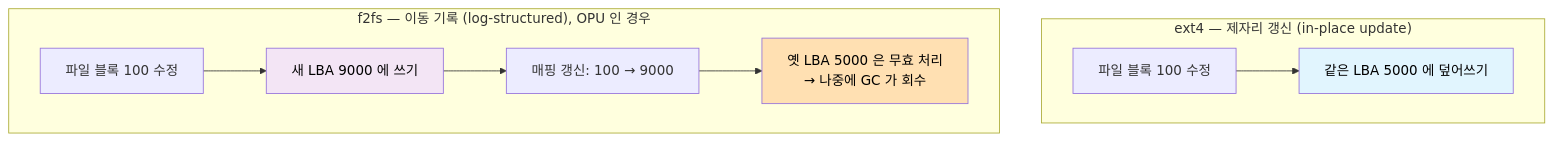
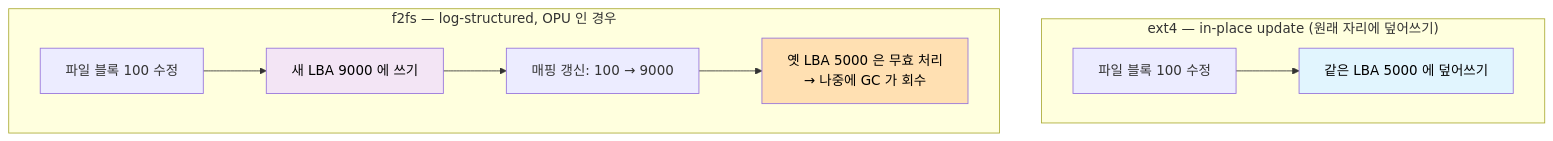
Diagram 14 of 35 in src/content/docs/fsiotrace/io-layers.md (kakaromo/kakaromo.github.io), drawn with Mermaid before and after one commit. The commit also changed other lines of this file, not shown here.

````diff
--- a/src/content/docs/fsiotrace/io-layers.md
+++ b/src/content/docs/fsiotrace/io-layers.md
@@ -654,15 +662,15 @@
 ```mermaid
 flowchart TD
-    subgraph E4["ext4 — 제자리 갱신 (in-place update)"]
+    subgraph E4["ext4 — in-place update (원래 자리에 덮어쓰기)"]
         A1["파일 블록 100 수정"] --> A2["같은 LBA 5000 에 덮어쓰기"]
     end
-    subgraph F2["f2fs — 이동 기록 (log-structured), OPU 인 경우"]
+    subgraph F2["f2fs — log-structured, OPU 인 경우"]
         B1["파일 블록 100 수정"] --> B2["새 LBA 9000 에 쓰기"]
         B2 --> B3["매핑 갱신: 100 → 9000"]
         B3 --> B4["옛 LBA 5000 은 무효 처리<br/>→ 나중에 GC 가 회수"]
     end
 
     style A2 fill:#e1f5fe,color:#000
     style B2 fill:#f3e5f5,color:#000
     style B4 fill:#ffe0b2,color:#000
 ```
````
